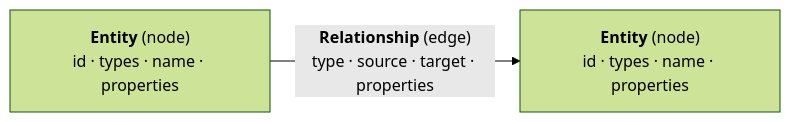
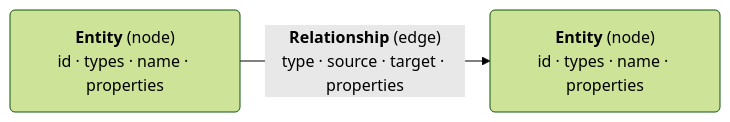
Before and after one commit to unimelbmdap/cdl2-rocrates: the diagram in docs/tutorials/crategraph-cheatsheet.md, drawn with Mermaid (forest theme).

Commit message:
docs(tutorials): use rounded nodes in the data-model diagram

````diff
--- a/docs/tutorials/crategraph-cheatsheet.md
+++ b/docs/tutorials/crategraph-cheatsheet.md
@@ -37,6 +37,6 @@
 ```mermaid
 graph LR
-    A["<b>Entity</b> (node)<br/>id · types · name · properties"]
-    B["<b>Entity</b> (node)<br/>id · types · name · properties"]
+    A("<b>Entity</b> (node)<br/>id · types · name · properties")
+    B("<b>Entity</b> (node)<br/>id · types · name · properties")
     A -->|"<b>Relationship</b> (edge)<br/>type · source · target · properties"| B
 ```
````
